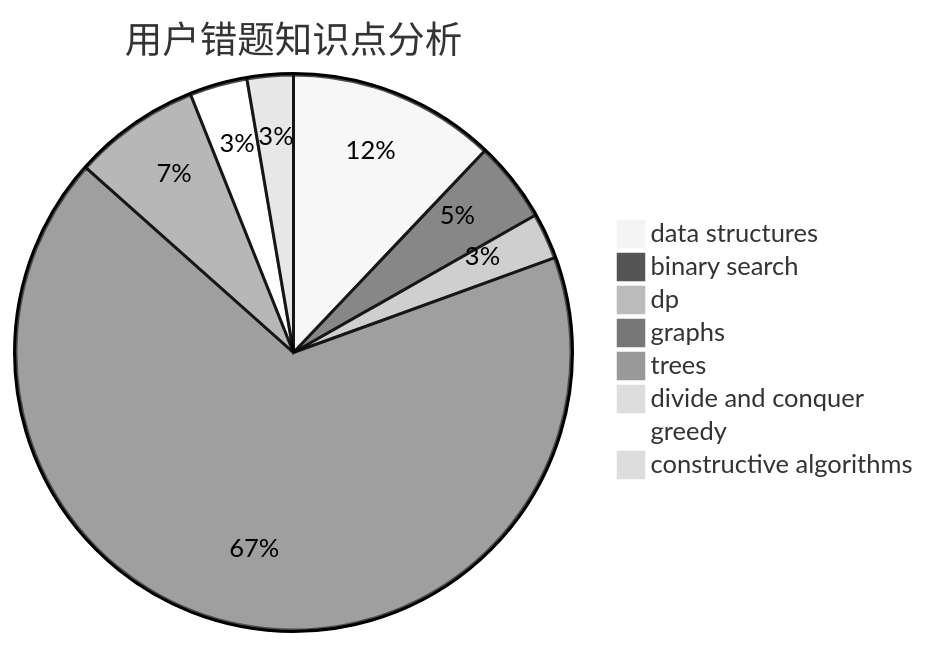
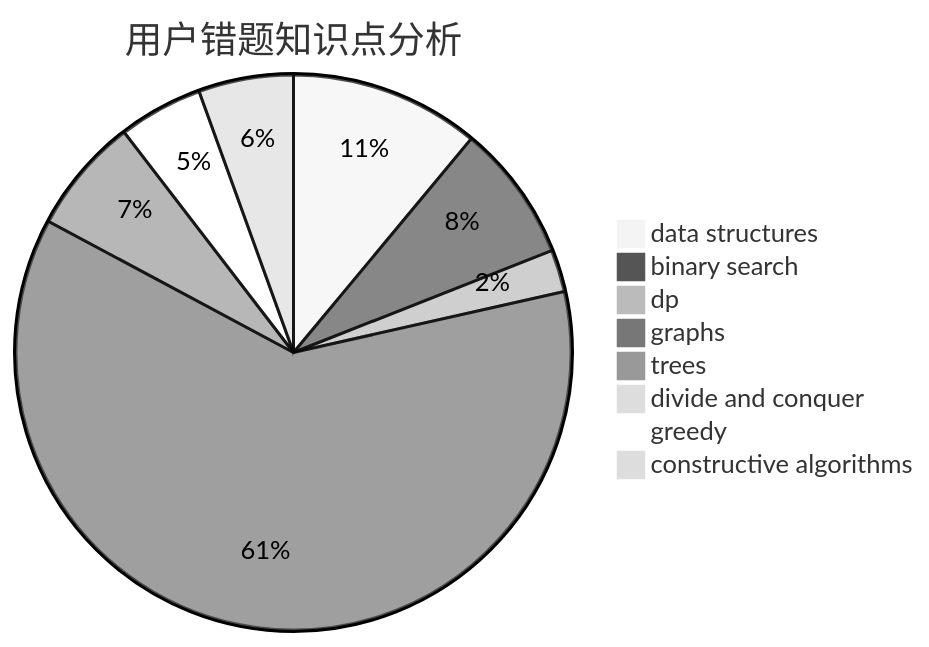
The third of 3 diagrams in docs/user/u291.md (sherpahu/cfrs.github.io), drawn with Mermaid (neutral theme) before and after one commit. The commit also changed other lines of this file and 2770 other files, not shown here.

````diff
--- a/docs/user/u291.md
+++ b/docs/user/u291.md
@@ -36,11 +36,11 @@
 ```mermaid
 pie title 用户错题知识点分析
     "data structures" :  18
-    "binary search" :  7
+    "binary search" :  13
     "dp" :  4
     "graphs" :  100
     "trees" :  11
     "divide and conquer" :  0
-    "greedy" :  5
-    "constructive algorithms" :  4
+    "greedy" :  8
+    "constructive algorithms" :  9
 ```
````
